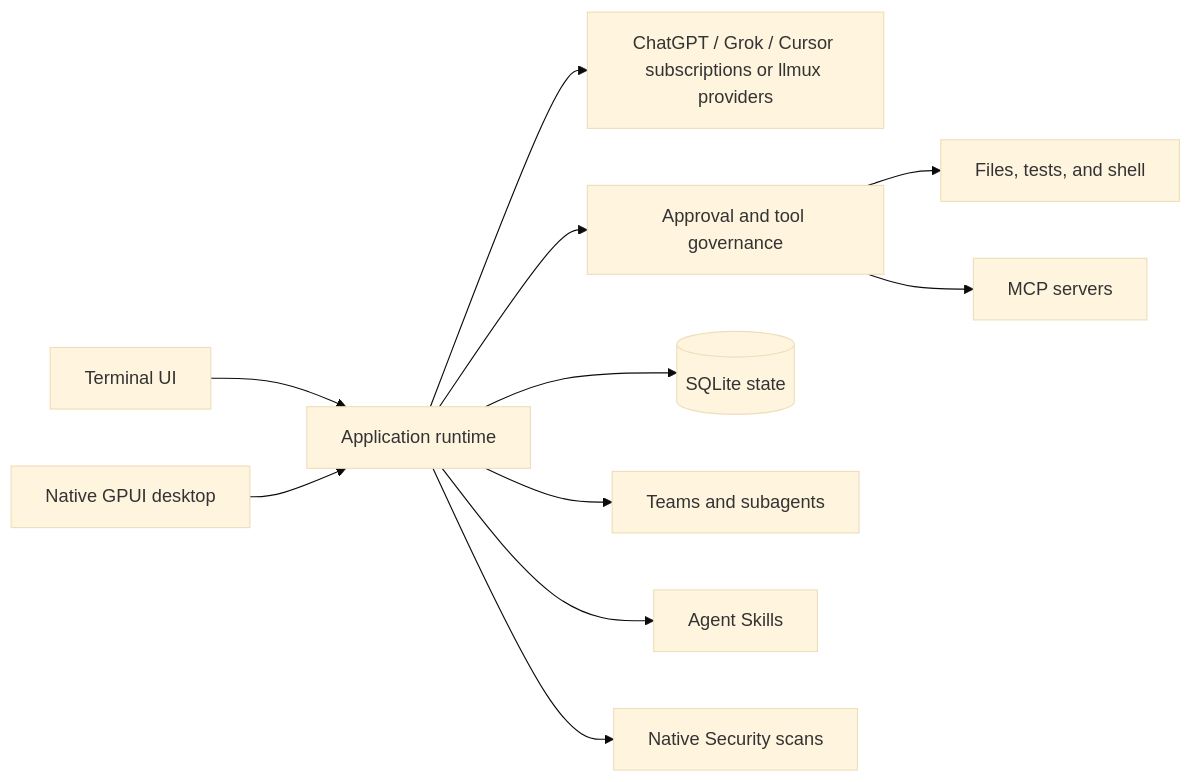
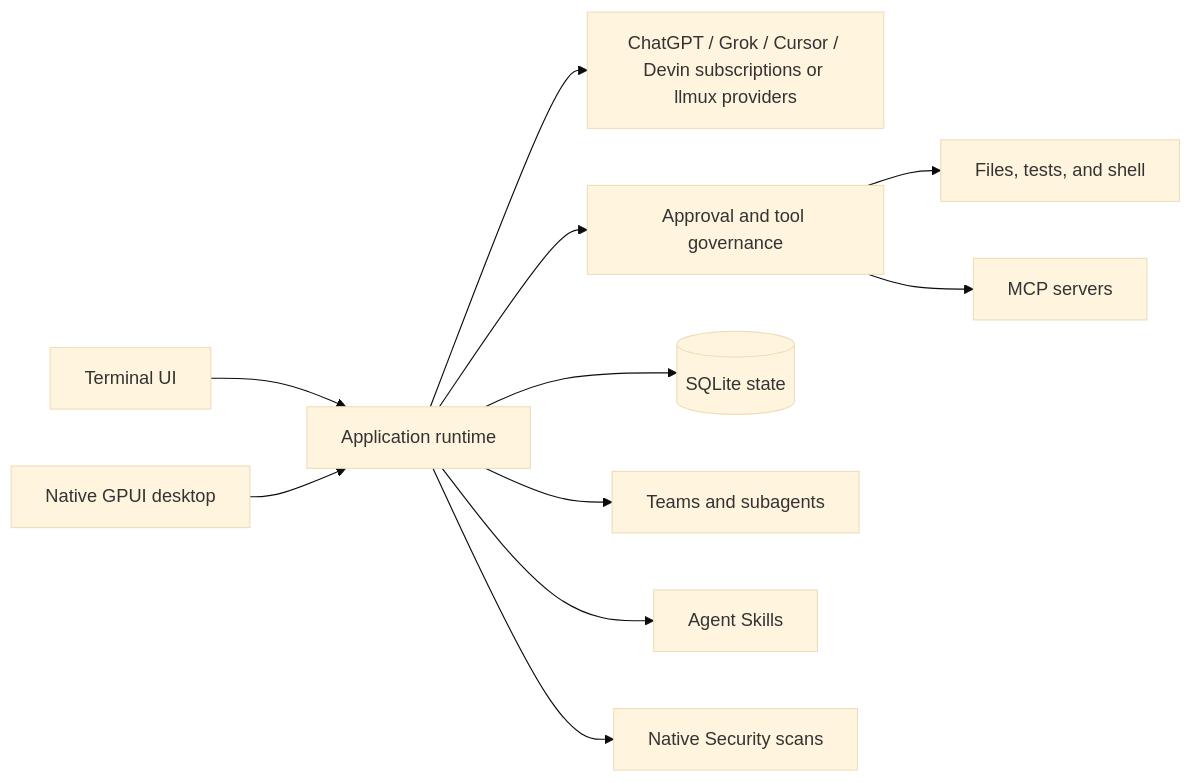
One commit to Viking602/azem changed the diagram in README.md. Above: the diagram before and after it, drawn with Mermaid (base theme). The commit also changed other lines of this file and 284 other files, not shown here.

````diff
--- a/README.md
+++ b/README.md
@@ -224,13 +234,13 @@
 ```mermaid
 flowchart LR
     U[Terminal UI] --> A[Application runtime]
     D[Native GPUI desktop] --> A
-    A --> P[ChatGPT / Grok / Cursor subscriptions or llmux providers]
+    A --> P[ChatGPT / Grok / Cursor / Devin subscriptions or llmux providers]
     A --> G[Approval and tool governance]
     G --> T[Files, tests, and shell]
     G --> M[MCP servers]
     A --> S[(SQLite state)]
     A --> C[Teams and subagents]
     A --> K[Agent Skills]
     A --> Q[Native Security scans]
 ```
````
